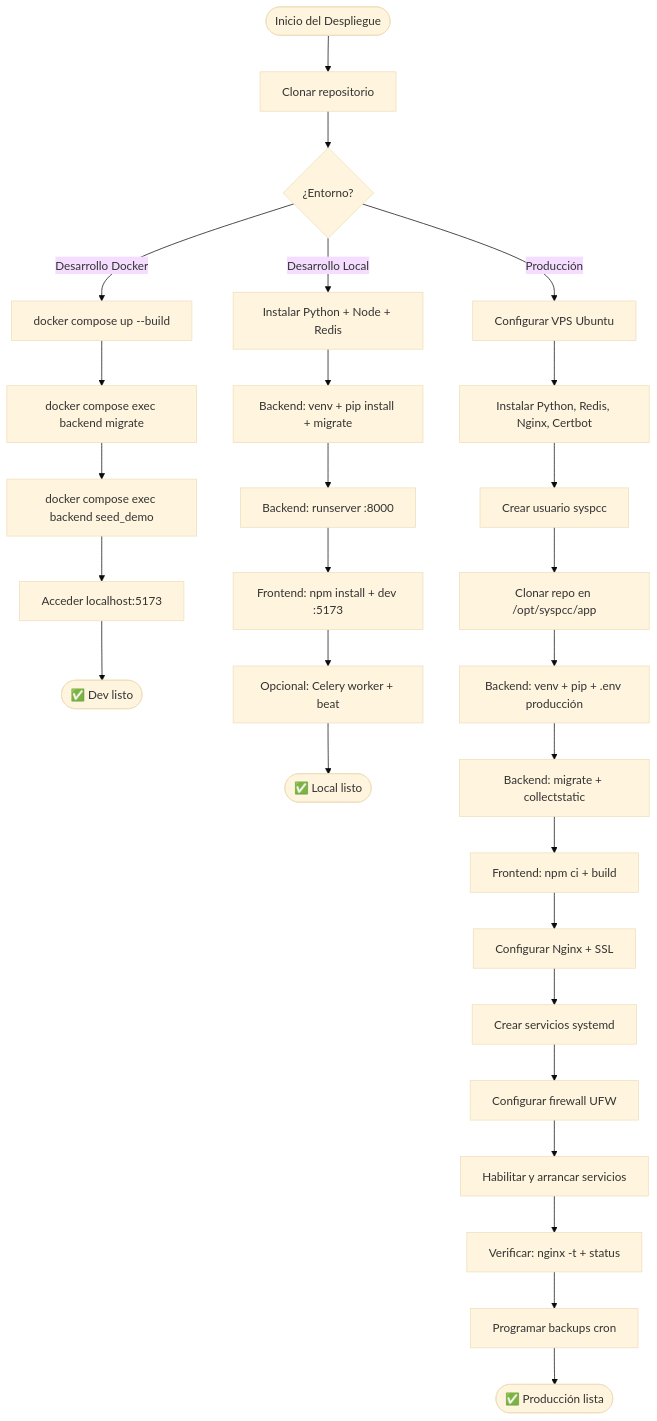
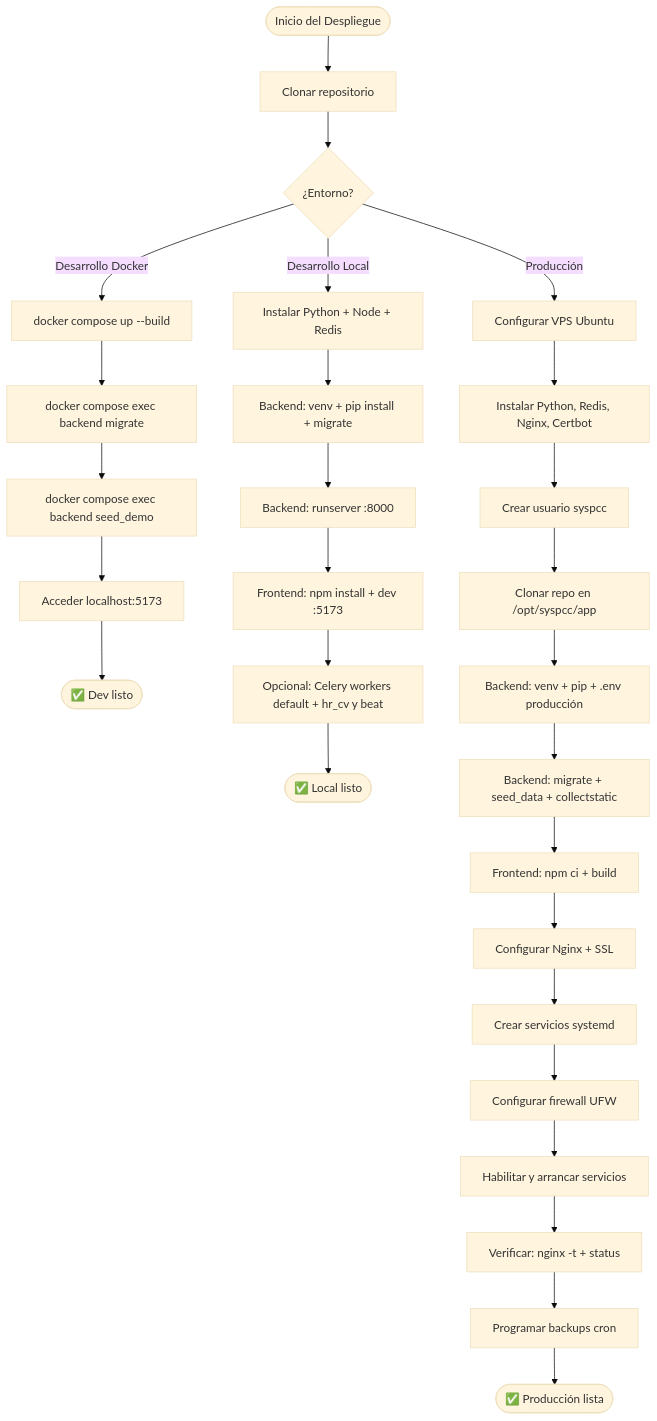
Before and after one commit to pccpegit/SYSPCCLOG: the ninth of 10 diagrams in docs/05_Guia_Despliegue_y_Produccion.md, drawn with Mermaid (base theme). The commit also changed other lines of this file and 42 other files, not shown here.

````diff
--- a/docs/05_Guia_Despliegue_y_Produccion.md
+++ b/docs/05_Guia_Despliegue_y_Produccion.md
@@ -1249,35 +1352,35 @@
 ```mermaid
 flowchart TB
     START([Inicio del Despliegue])
 
     START --> A1[Clonar repositorio]
     A1 --> A2{¿Entorno?}
 
     A2 -->|Desarrollo Docker| B1[docker compose up --build]
     B1 --> B2[docker compose exec backend migrate]
     B2 --> B3[docker compose exec backend seed_demo]
     B3 --> B4[Acceder localhost:5173]
     B4 --> END_DEV([✅ Dev listo])
 
     A2 -->|Desarrollo Local| C1[Instalar Python + Node + Redis]
     C1 --> C2[Backend: venv + pip install + migrate]
     C2 --> C3[Backend: runserver :8000]
     C3 --> C4[Frontend: npm install + dev :5173]
-    C4 --> C5[Opcional: Celery worker + beat]
+    C4 --> C5[Opcional: Celery workers default + hr_cv y beat]
     C5 --> END_LOCAL([✅ Local listo])
 
     A2 -->|Producción| D1[Configurar VPS Ubuntu]
     D1 --> D2[Instalar Python, Redis, Nginx, Certbot]
     D2 --> D3[Crear usuario syspcc]
     D3 --> D4[Clonar repo en /opt/syspcc/app]
     D4 --> D5[Backend: venv + pip + .env producción]
-    D5 --> D6[Backend: migrate + collectstatic]
+    D5 --> D6[Backend: migrate + seed_data + collectstatic]
     D6 --> D7[Frontend: npm ci + build]
     D7 --> D8[Configurar Nginx + SSL]
     D8 --> D9[Crear servicios systemd]
     D9 --> D10[Configurar firewall UFW]
     D10 --> D11[Habilitar y arrancar servicios]
     D11 --> D12[Verificar: nginx -t + status]
     D12 --> D13[Programar backups cron]
     D13 --> END_PROD([✅ Producción lista])
 ```
````
